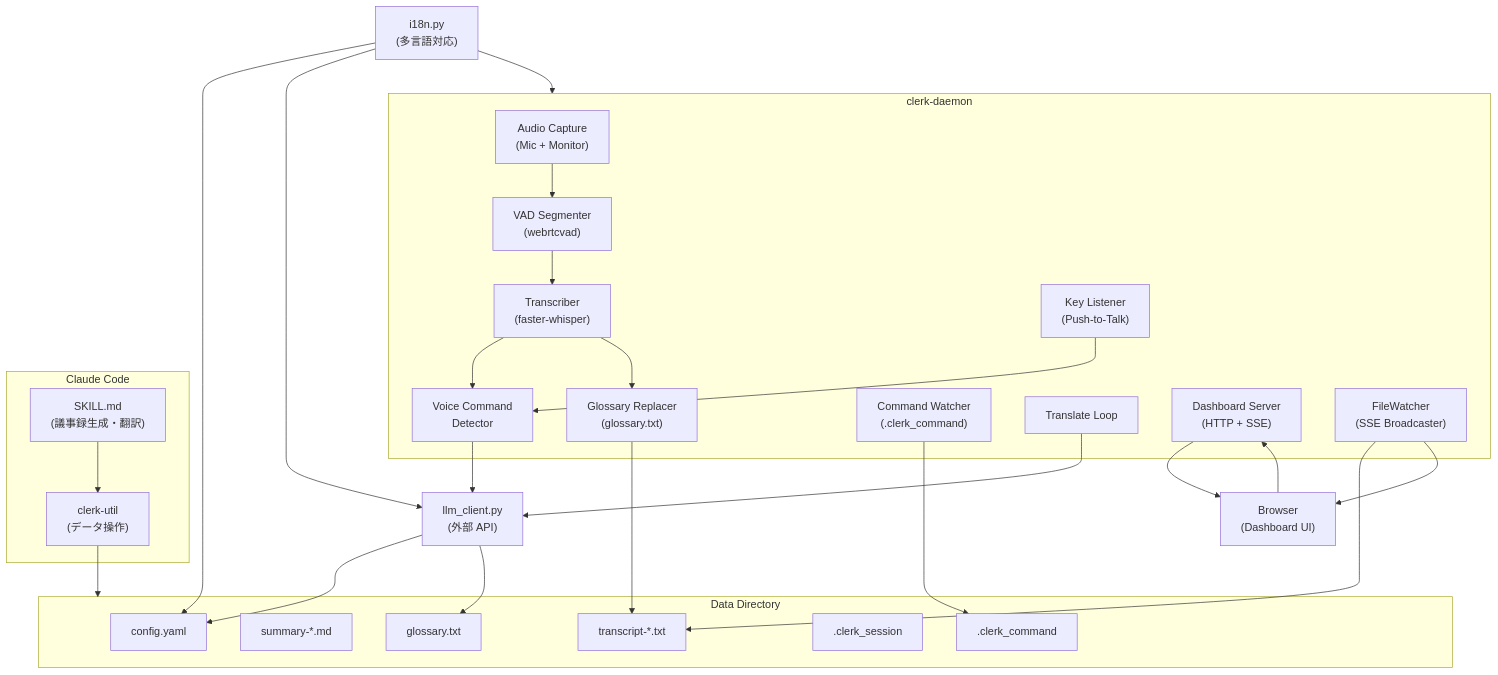
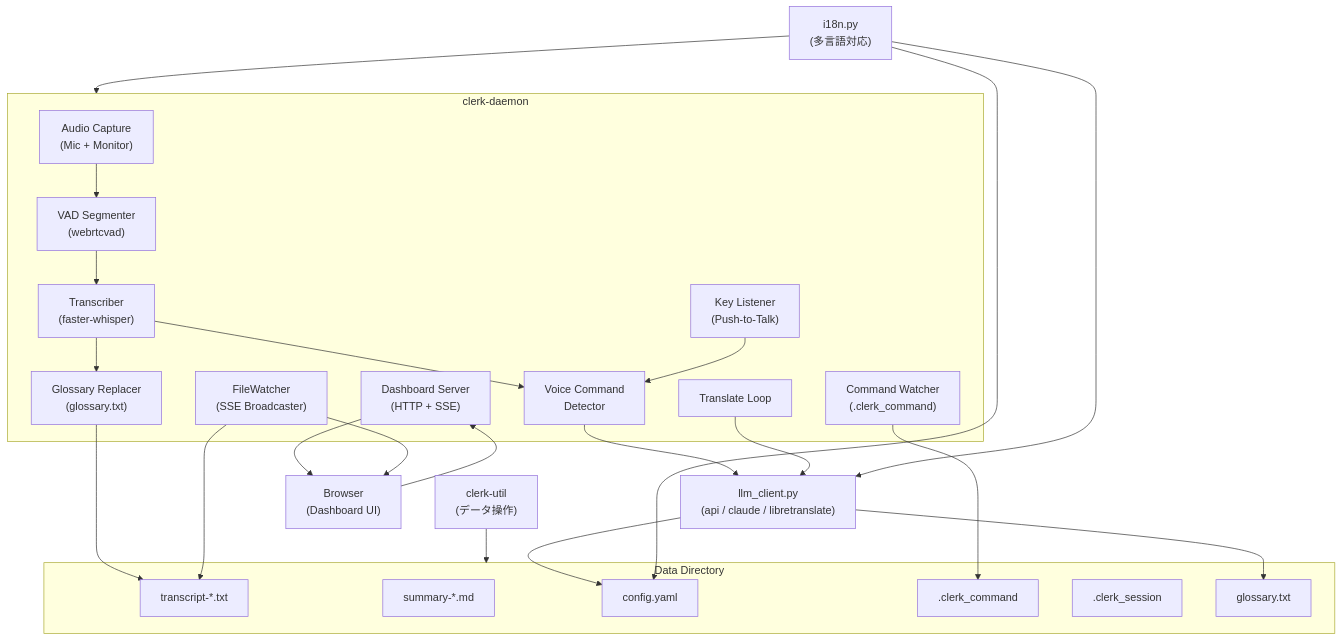
Before and after one commit to edocode/shadow-clerk: the first of 7 diagrams in SPEC.md, drawn with Mermaid. The commit also changed other lines of this file, not shown here.

First line of the commit message:
SPEC.md: drop SKILL.md module; describe llm_client provider matrix

````diff
--- a/SPEC.md
+++ b/SPEC.md
@@ -158,54 +143,50 @@
 ```mermaid
 graph TB
     subgraph recorder["clerk-daemon"]
         capture["Audio Capture<br/>(Mic + Monitor)"]
         vad["VAD Segmenter<br/>(webrtcvad)"]
         transcriber["Transcriber<br/>(faster-whisper)"]
         vcmd["Voice Command<br/>Detector"]
         replacer["Glossary Replacer<br/>(glossary.txt)"]
         cmdwatch["Command Watcher<br/>(.clerk_command)"]
         ptt["Key Listener<br/>(Push-to-Talk)"]
         translateloop["Translate Loop"]
         dashboard["Dashboard Server<br/>(HTTP + SSE)"]
         filewatcher["FileWatcher<br/>(SSE Broadcaster)"]
     end
 
-    subgraph claude["Claude Code"]
-        skill["SKILL.md<br/>(議事録生成・翻訳)"]
-        util["clerk-util<br/>(データ操作)"]
-    end
+    util["clerk-util<br/>(データ操作)"]
 
-    llm["llm_client.py<br/>(外部 API)"]
+    llm["llm_client.py<br/>(api / claude / libretranslate)"]
     i18n["i18n.py<br/>(多言語対応)"]
     browser["Browser<br/>(Dashboard UI)"]
 
     subgraph data["Data Directory"]
         transcript["transcript-*.txt"]
         summary["summary-*.md"]
         config["config.yaml"]
         clkcmd[".clerk_command"]
         session[".clerk_session"]
         glossary["glossary.txt"]
     end
 
     capture --> vad
     vad --> transcriber
     transcriber --> vcmd
     transcriber --> replacer
     replacer --> transcript
     vcmd --> llm
     cmdwatch --> clkcmd
     ptt --> vcmd
     translateloop --> llm
     dashboard --> browser
     browser --> dashboard
     filewatcher --> transcript
     filewatcher --> browser
-    skill --> util
     util --> data
     llm --> config
     llm --> glossary
     i18n --> config
     i18n --> recorder
     i18n --> llm
 ```
````
